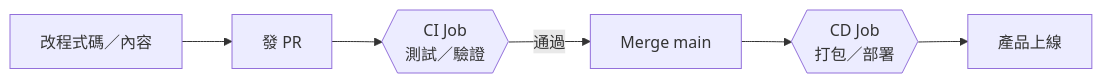
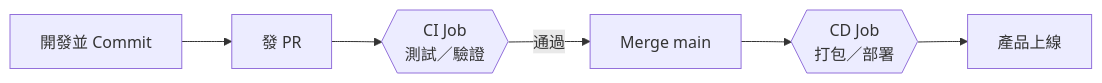
The diagram in README.md (Study2Strong/Launch-Your-Vibe-Coding-Product), drawn with Mermaid before and after one commit. The commit also changed other lines of this file and 1 other file, not shown here.

Commit message:
Add CI badge and polish glossary/roadmap wording
- README: add GitHub Actions CI/CD status badge; rename flowchart
  node A to avoid duplicating the fine-grained step 2 label
- docs: fold main/master naming into the existing Branch glossary
  entry (with link to GitHub's default-branch setting), align
  main/master references to code-formatted `main` throughout, and
  rewrite the Roadmap section as two focused paragraphs plus a
  small inline term note instead of a mixed bullet list

````diff
--- a/README.md
+++ b/README.md
@@ -13,8 +15,8 @@
 ```mermaid
 flowchart LR
-    A[改程式碼／內容] --> B[發 PR]
+    A[開發並 Commit] --> B[發 PR]
     B --> C{{"CI Job\n測試／驗證"}}
     C -- 通過 --> D[Merge main]
     D --> E{{"CD Job\n打包／部署"}}
     E --> F[產品上線]
 ```
````
